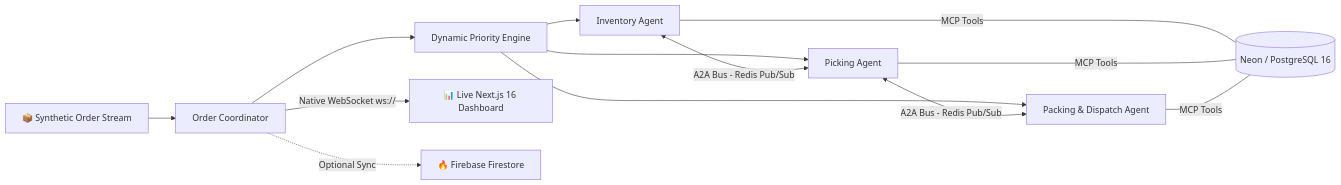
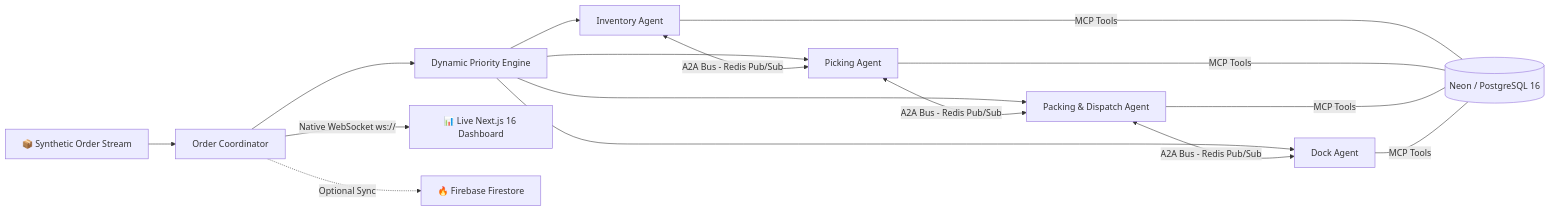
The first of 3 diagrams in README.md (Maharshi-Paul/a2a-digital-twin), drawn with Mermaid before and after one commit. The commit also changed other lines of this file, not shown here.

````diff
--- a/README.md
+++ b/README.md
@@ -67,15 +93,18 @@
 ```mermaid
 graph LR
     A[📦 Synthetic Order Stream] --> B[Order Coordinator]
     B --> C[Dynamic Priority Engine]
     C --> D[Inventory Agent]
     C --> E[Picking Agent]
     C --> F[Packing & Dispatch Agent]
+    C --> J[Dock Agent]
     D <-->|A2A Bus - Redis Pub/Sub| E
     E <-->|A2A Bus - Redis Pub/Sub| F
+    F <-->|A2A Bus - Redis Pub/Sub| J
     D ---|MCP Tools| G[(Neon / PostgreSQL 16)]
     E ---|MCP Tools| G
     F ---|MCP Tools| G
+    J ---|MCP Tools| G
     B -->|Native WebSocket ws://| H[📊 Live Next.js 16 Dashboard]
     B -.->|Optional Sync| I[🔥 Firebase Firestore]
 ```
````
